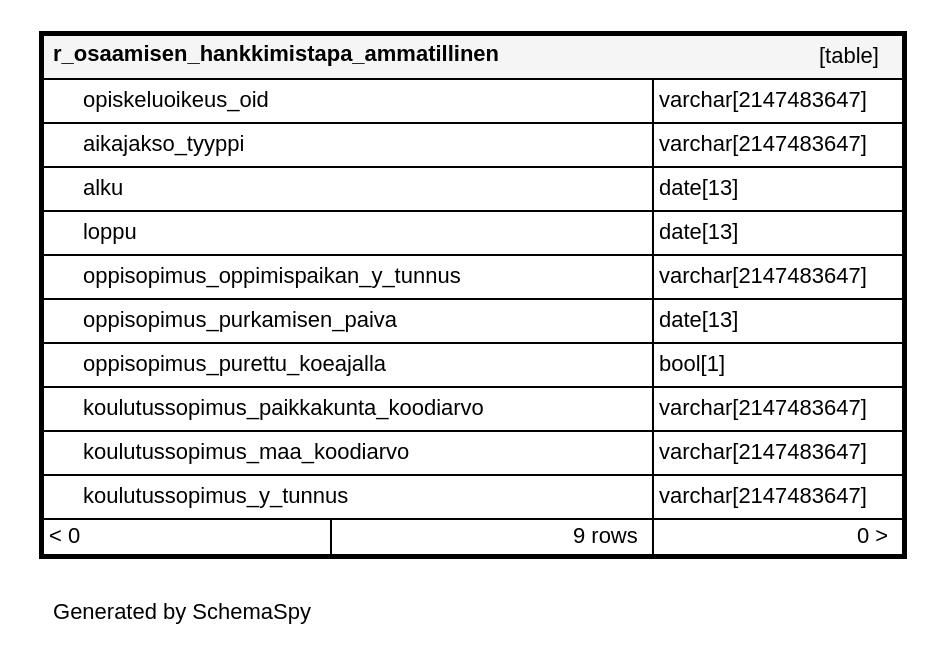
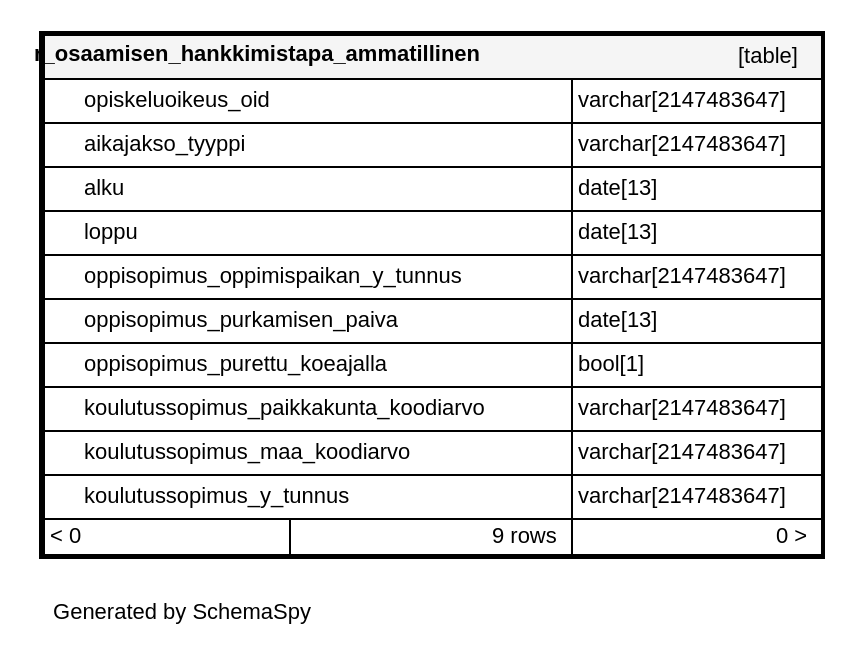
Before and after one commit to Opetushallitus/koski: the diagram in documentation/tietokantaskeemat/koski-raportointikanta/diagrams/tables/r_osaamisen_hankkimistapa_ammatillinen.1degree.dot, drawn with Graphviz. The commit also changed 248 other files, not shown here.

```diff
--- a/documentation/tietokantaskeemat/koski-raportointikanta/diagrams/tables/r_osaamisen_hankkimistapa_ammatillinen.1degree.dot
+++ b/documentation/tietokantaskeemat/koski-raportointikanta/diagrams/tables/r_osaamisen_hankkimistapa_ammatillinen.1degree.dot
@@ -1,23 +1,23 @@
 digraph "oneDegreeRelationshipsDiagram" {
   graph [    rankdir="RL"    bgcolor="#ffffff"    label="\nGenerated by SchemaSpy"    labeljust="l"    nodesep="0.18"    ranksep="0.46"    fontname="Helvetica"    fontsize="11"    ration="compress"  ];  node [    fontname="Helvetica"    fontsize="11"    shape="plaintext"  ];  edge [    arrowsize="0.8"  ];
   "r_osaamisen_hankkimistapa_ammatillinen" [
    label=<
     <TABLE BORDER="2" CELLBORDER="1" CELLSPACING="0" BGCOLOR="#ffffff">
-      <TR><TD COLSPAN="4"  BGCOLOR="#f5f5f5"><TABLE BORDER="0" CELLSPACING="0"><TR><TD ALIGN="LEFT" FIXEDSIZE="TRUE" WIDTH="284" HEIGHT="16"><B>r_osaamisen_hankkimistapa_ammatillinen</B></TD><TD ALIGN="RIGHT">[table]</TD></TR></TABLE></TD></TR>
-      <TR><TD PORT="opiskeluoikeus_oid" COLSPAN="2" BGCOLOR="#ffffff" ALIGN="LEFT"><TABLE BORDER="0" CELLSPACING="0" ALIGN="LEFT"><TR ALIGN="LEFT"><TD ALIGN="LEFT" FIXEDSIZE="TRUE" WIDTH="15" HEIGHT="16"></TD><TD ALIGN="LEFT" FIXEDSIZE="TRUE" WIDTH="284" HEIGHT="16">opiskeluoikeus_oid</TD></TR></TABLE></TD><TD PORT="opiskeluoikeus_oid.type" ALIGN="LEFT">varchar[2147483647]</TD></TR>
-      <TR><TD PORT="aikajakso_tyyppi" COLSPAN="2" BGCOLOR="#ffffff" ALIGN="LEFT"><TABLE BORDER="0" CELLSPACING="0" ALIGN="LEFT"><TR ALIGN="LEFT"><TD ALIGN="LEFT" FIXEDSIZE="TRUE" WIDTH="15" HEIGHT="16"></TD><TD ALIGN="LEFT" FIXEDSIZE="TRUE" WIDTH="284" HEIGHT="16">aikajakso_tyyppi</TD></TR></TABLE></TD><TD PORT="aikajakso_tyyppi.type" ALIGN="LEFT">varchar[2147483647]</TD></TR>
-      <TR><TD PORT="alku" COLSPAN="2" BGCOLOR="#ffffff" ALIGN="LEFT"><TABLE BORDER="0" CELLSPACING="0" ALIGN="LEFT"><TR ALIGN="LEFT"><TD ALIGN="LEFT" FIXEDSIZE="TRUE" WIDTH="15" HEIGHT="16"></TD><TD ALIGN="LEFT" FIXEDSIZE="TRUE" WIDTH="284" HEIGHT="16">alku</TD></TR></TABLE></TD><TD PORT="alku.type" ALIGN="LEFT">date[13]</TD></TR>
-      <TR><TD PORT="loppu" COLSPAN="2" BGCOLOR="#ffffff" ALIGN="LEFT"><TABLE BORDER="0" CELLSPACING="0" ALIGN="LEFT"><TR ALIGN="LEFT"><TD ALIGN="LEFT" FIXEDSIZE="TRUE" WIDTH="15" HEIGHT="16"></TD><TD ALIGN="LEFT" FIXEDSIZE="TRUE" WIDTH="284" HEIGHT="16">loppu</TD></TR></TABLE></TD><TD PORT="loppu.type" ALIGN="LEFT">date[13]</TD></TR>
-      <TR><TD PORT="oppisopimus_oppimispaikan_y_tunnus" COLSPAN="2" ALIGN="LEFT"><TABLE BORDER="0" CELLSPACING="0" ALIGN="LEFT"><TR ALIGN="LEFT"><TD ALIGN="LEFT" FIXEDSIZE="TRUE" WIDTH="15" HEIGHT="16"></TD><TD ALIGN="LEFT" FIXEDSIZE="TRUE" WIDTH="284" HEIGHT="16">oppisopimus_oppimispaikan_y_tunnus</TD></TR></TABLE></TD><TD PORT="oppisopimus_oppimispaikan_y_tunnus.type" ALIGN="LEFT">varchar[2147483647]</TD></TR>
-      <TR><TD PORT="oppisopimus_purkamisen_paiva" COLSPAN="2" ALIGN="LEFT"><TABLE BORDER="0" CELLSPACING="0" ALIGN="LEFT"><TR ALIGN="LEFT"><TD ALIGN="LEFT" FIXEDSIZE="TRUE" WIDTH="15" HEIGHT="16"></TD><TD ALIGN="LEFT" FIXEDSIZE="TRUE" WIDTH="284" HEIGHT="16">oppisopimus_purkamisen_paiva</TD></TR></TABLE></TD><TD PORT="oppisopimus_purkamisen_paiva.type" ALIGN="LEFT">date[13]</TD></TR>
-      <TR><TD PORT="oppisopimus_purettu_koeajalla" COLSPAN="2" ALIGN="LEFT"><TABLE BORDER="0" CELLSPACING="0" ALIGN="LEFT"><TR ALIGN="LEFT"><TD ALIGN="LEFT" FIXEDSIZE="TRUE" WIDTH="15" HEIGHT="16"></TD><TD ALIGN="LEFT" FIXEDSIZE="TRUE" WIDTH="284" HEIGHT="16">oppisopimus_purettu_koeajalla</TD></TR></TABLE></TD><TD PORT="oppisopimus_purettu_koeajalla.type" ALIGN="LEFT">bool[1]</TD></TR>
-      <TR><TD PORT="koulutussopimus_paikkakunta_koodiarvo" COLSPAN="2" ALIGN="LEFT"><TABLE BORDER="0" CELLSPACING="0" ALIGN="LEFT"><TR ALIGN="LEFT"><TD ALIGN="LEFT" FIXEDSIZE="TRUE" WIDTH="15" HEIGHT="16"></TD><TD ALIGN="LEFT" FIXEDSIZE="TRUE" WIDTH="284" HEIGHT="16">koulutussopimus_paikkakunta_koodiarvo</TD></TR></TABLE></TD><TD PORT="koulutussopimus_paikkakunta_koodiarvo.type" ALIGN="LEFT">varchar[2147483647]</TD></TR>
-      <TR><TD PORT="koulutussopimus_maa_koodiarvo" COLSPAN="2" ALIGN="LEFT"><TABLE BORDER="0" CELLSPACING="0" ALIGN="LEFT"><TR ALIGN="LEFT"><TD ALIGN="LEFT" FIXEDSIZE="TRUE" WIDTH="15" HEIGHT="16"></TD><TD ALIGN="LEFT" FIXEDSIZE="TRUE" WIDTH="284" HEIGHT="16">koulutussopimus_maa_koodiarvo</TD></TR></TABLE></TD><TD PORT="koulutussopimus_maa_koodiarvo.type" ALIGN="LEFT">varchar[2147483647]</TD></TR>
-      <TR><TD PORT="koulutussopimus_y_tunnus" COLSPAN="2" ALIGN="LEFT"><TABLE BORDER="0" CELLSPACING="0" ALIGN="LEFT"><TR ALIGN="LEFT"><TD ALIGN="LEFT" FIXEDSIZE="TRUE" WIDTH="15" HEIGHT="16"></TD><TD ALIGN="LEFT" FIXEDSIZE="TRUE" WIDTH="284" HEIGHT="16">koulutussopimus_y_tunnus</TD></TR></TABLE></TD><TD PORT="koulutussopimus_y_tunnus.type" ALIGN="LEFT">varchar[2147483647]</TD></TR>
+      <TR><TD COLSPAN="4"  BGCOLOR="#f5f5f5"><TABLE BORDER="0" CELLSPACING="0"><TR><TD ALIGN="LEFT" FIXEDSIZE="TRUE" WIDTH="243" HEIGHT="16"><B>r_osaamisen_hankkimistapa_ammatillinen</B></TD><TD ALIGN="RIGHT">[table]</TD></TR></TABLE></TD></TR>
+      <TR><TD PORT="opiskeluoikeus_oid" COLSPAN="2" BGCOLOR="#ffffff" ALIGN="LEFT"><TABLE BORDER="0" CELLSPACING="0" ALIGN="LEFT"><TR ALIGN="LEFT"><TD ALIGN="LEFT" FIXEDSIZE="TRUE" WIDTH="15" HEIGHT="16"></TD><TD ALIGN="LEFT" FIXEDSIZE="TRUE" WIDTH="243" HEIGHT="16">opiskeluoikeus_oid</TD></TR></TABLE></TD><TD PORT="opiskeluoikeus_oid.type" ALIGN="LEFT">varchar[2147483647]</TD></TR>
+      <TR><TD PORT="aikajakso_tyyppi" COLSPAN="2" BGCOLOR="#ffffff" ALIGN="LEFT"><TABLE BORDER="0" CELLSPACING="0" ALIGN="LEFT"><TR ALIGN="LEFT"><TD ALIGN="LEFT" FIXEDSIZE="TRUE" WIDTH="15" HEIGHT="16"></TD><TD ALIGN="LEFT" FIXEDSIZE="TRUE" WIDTH="243" HEIGHT="16">aikajakso_tyyppi</TD></TR></TABLE></TD><TD PORT="aikajakso_tyyppi.type" ALIGN="LEFT">varchar[2147483647]</TD></TR>
+      <TR><TD PORT="alku" COLSPAN="2" BGCOLOR="#ffffff" ALIGN="LEFT"><TABLE BORDER="0" CELLSPACING="0" ALIGN="LEFT"><TR ALIGN="LEFT"><TD ALIGN="LEFT" FIXEDSIZE="TRUE" WIDTH="15" HEIGHT="16"></TD><TD ALIGN="LEFT" FIXEDSIZE="TRUE" WIDTH="243" HEIGHT="16">alku</TD></TR></TABLE></TD><TD PORT="alku.type" ALIGN="LEFT">date[13]</TD></TR>
+      <TR><TD PORT="loppu" COLSPAN="2" BGCOLOR="#ffffff" ALIGN="LEFT"><TABLE BORDER="0" CELLSPACING="0" ALIGN="LEFT"><TR ALIGN="LEFT"><TD ALIGN="LEFT" FIXEDSIZE="TRUE" WIDTH="15" HEIGHT="16"></TD><TD ALIGN="LEFT" FIXEDSIZE="TRUE" WIDTH="243" HEIGHT="16">loppu</TD></TR></TABLE></TD><TD PORT="loppu.type" ALIGN="LEFT">date[13]</TD></TR>
+      <TR><TD PORT="oppisopimus_oppimispaikan_y_tunnus" COLSPAN="2" ALIGN="LEFT"><TABLE BORDER="0" CELLSPACING="0" ALIGN="LEFT"><TR ALIGN="LEFT"><TD ALIGN="LEFT" FIXEDSIZE="TRUE" WIDTH="15" HEIGHT="16"></TD><TD ALIGN="LEFT" FIXEDSIZE="TRUE" WIDTH="243" HEIGHT="16">oppisopimus_oppimispaikan_y_tunnus</TD></TR></TABLE></TD><TD PORT="oppisopimus_oppimispaikan_y_tunnus.type" ALIGN="LEFT">varchar[2147483647]</TD></TR>
+      <TR><TD PORT="oppisopimus_purkamisen_paiva" COLSPAN="2" ALIGN="LEFT"><TABLE BORDER="0" CELLSPACING="0" ALIGN="LEFT"><TR ALIGN="LEFT"><TD ALIGN="LEFT" FIXEDSIZE="TRUE" WIDTH="15" HEIGHT="16"></TD><TD ALIGN="LEFT" FIXEDSIZE="TRUE" WIDTH="243" HEIGHT="16">oppisopimus_purkamisen_paiva</TD></TR></TABLE></TD><TD PORT="oppisopimus_purkamisen_paiva.type" ALIGN="LEFT">date[13]</TD></TR>
+      <TR><TD PORT="oppisopimus_purettu_koeajalla" COLSPAN="2" ALIGN="LEFT"><TABLE BORDER="0" CELLSPACING="0" ALIGN="LEFT"><TR ALIGN="LEFT"><TD ALIGN="LEFT" FIXEDSIZE="TRUE" WIDTH="15" HEIGHT="16"></TD><TD ALIGN="LEFT" FIXEDSIZE="TRUE" WIDTH="243" HEIGHT="16">oppisopimus_purettu_koeajalla</TD></TR></TABLE></TD><TD PORT="oppisopimus_purettu_koeajalla.type" ALIGN="LEFT">bool[1]</TD></TR>
+      <TR><TD PORT="koulutussopimus_paikkakunta_koodiarvo" COLSPAN="2" ALIGN="LEFT"><TABLE BORDER="0" CELLSPACING="0" ALIGN="LEFT"><TR ALIGN="LEFT"><TD ALIGN="LEFT" FIXEDSIZE="TRUE" WIDTH="15" HEIGHT="16"></TD><TD ALIGN="LEFT" FIXEDSIZE="TRUE" WIDTH="243" HEIGHT="16">koulutussopimus_paikkakunta_koodiarvo</TD></TR></TABLE></TD><TD PORT="koulutussopimus_paikkakunta_koodiarvo.type" ALIGN="LEFT">varchar[2147483647]</TD></TR>
+      <TR><TD PORT="koulutussopimus_maa_koodiarvo" COLSPAN="2" ALIGN="LEFT"><TABLE BORDER="0" CELLSPACING="0" ALIGN="LEFT"><TR ALIGN="LEFT"><TD ALIGN="LEFT" FIXEDSIZE="TRUE" WIDTH="15" HEIGHT="16"></TD><TD ALIGN="LEFT" FIXEDSIZE="TRUE" WIDTH="243" HEIGHT="16">koulutussopimus_maa_koodiarvo</TD></TR></TABLE></TD><TD PORT="koulutussopimus_maa_koodiarvo.type" ALIGN="LEFT">varchar[2147483647]</TD></TR>
+      <TR><TD PORT="koulutussopimus_y_tunnus" COLSPAN="2" ALIGN="LEFT"><TABLE BORDER="0" CELLSPACING="0" ALIGN="LEFT"><TR ALIGN="LEFT"><TD ALIGN="LEFT" FIXEDSIZE="TRUE" WIDTH="15" HEIGHT="16"></TD><TD ALIGN="LEFT" FIXEDSIZE="TRUE" WIDTH="243" HEIGHT="16">koulutussopimus_y_tunnus</TD></TR></TABLE></TD><TD PORT="koulutussopimus_y_tunnus.type" ALIGN="LEFT">varchar[2147483647]</TD></TR>
       <TR><TD ALIGN="LEFT" BGCOLOR="#ffffff">&lt; 0</TD><TD ALIGN="RIGHT" BGCOLOR="#ffffff">9 rows</TD><TD ALIGN="RIGHT" BGCOLOR="#ffffff">0 &gt;</TD></TR>
     </TABLE>>
     URL="../../tables/r_osaamisen_hankkimistapa_ammatillinen.html"
     target="_top"
     tooltip="r_osaamisen_hankkimistapa_ammatillinen"
   ];
 }
```
